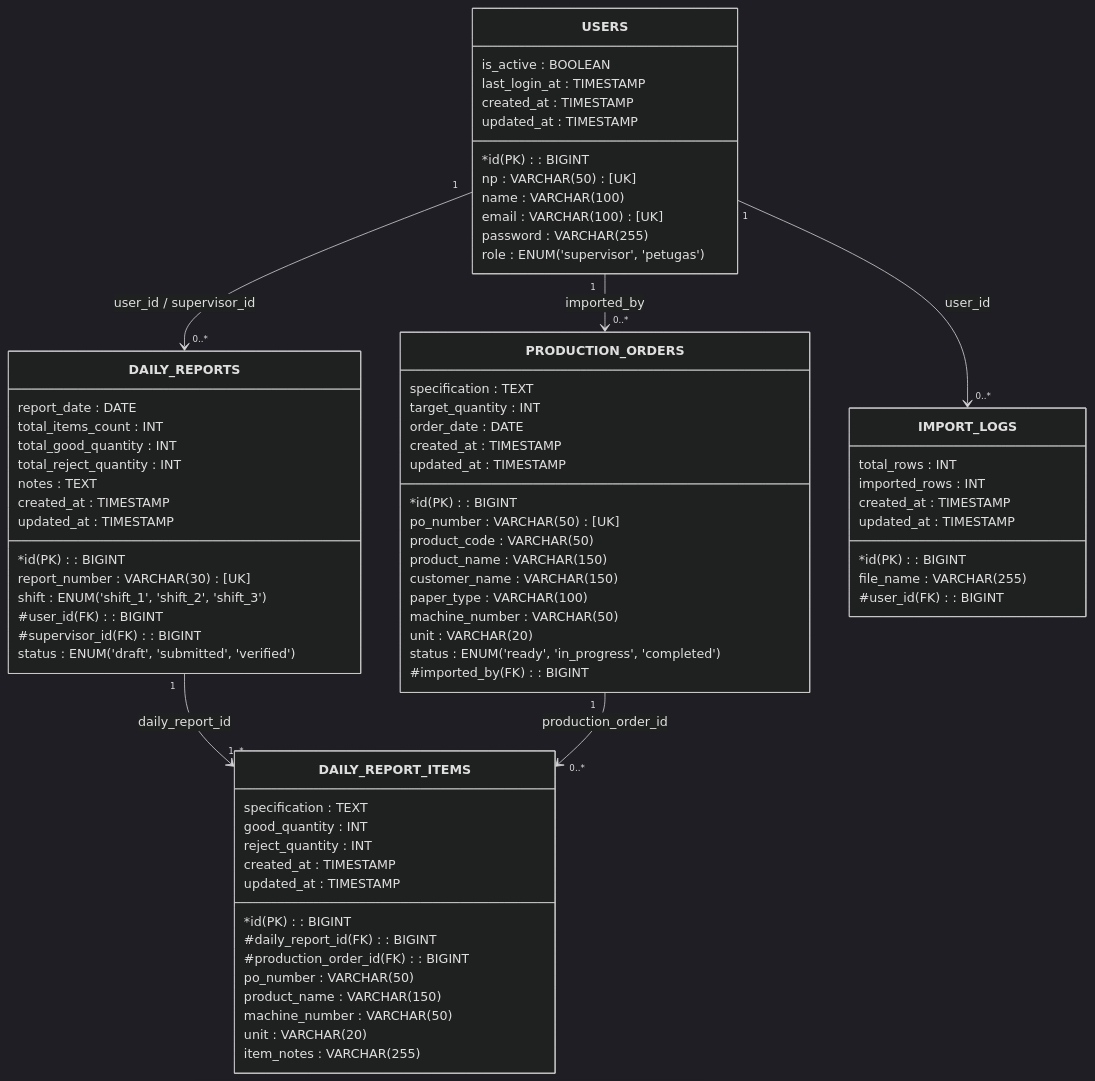
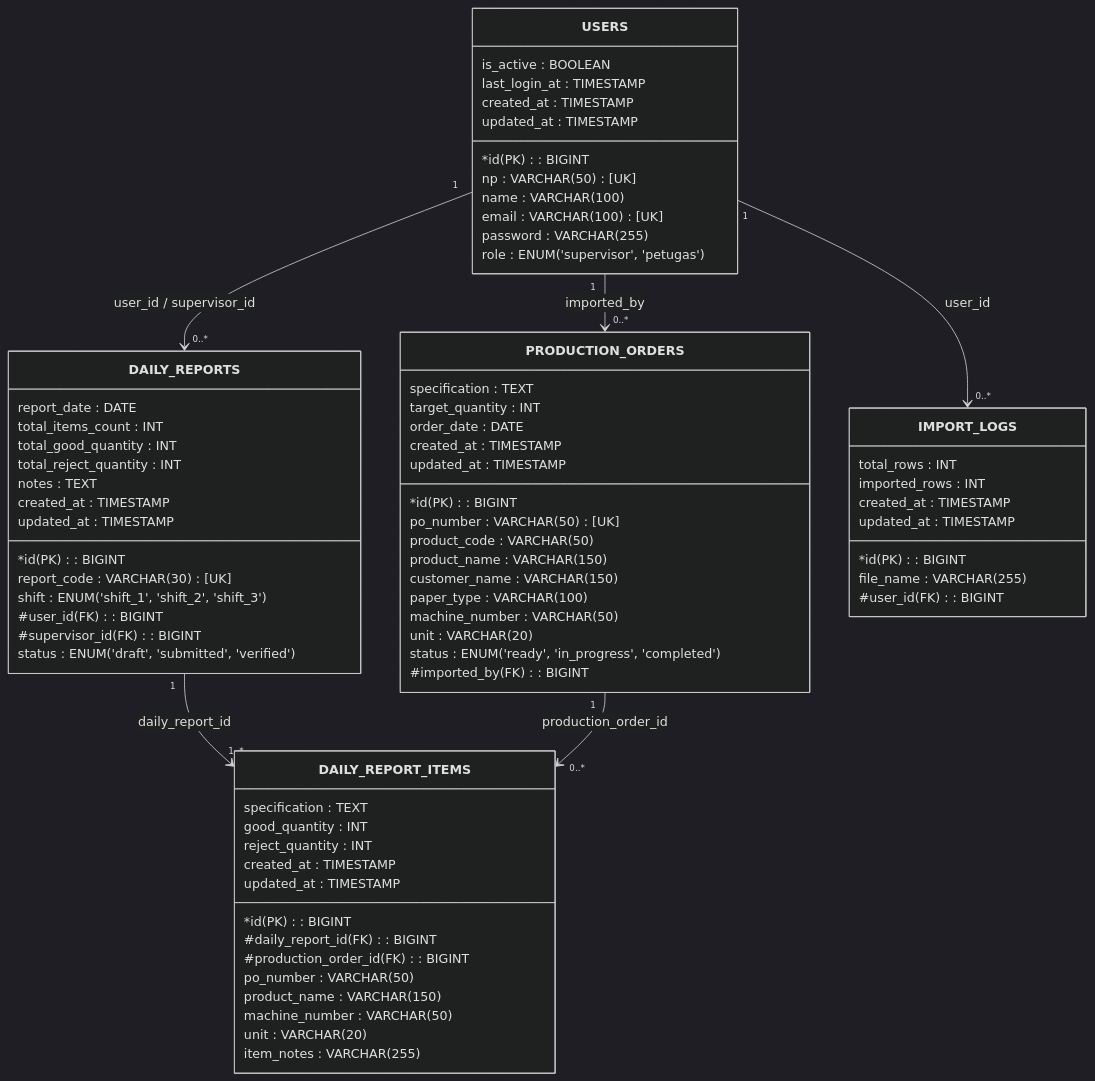
Before and after one commit to ZulfikarHD/scan-produksi: diagram 11 of 11 in docs/BAB_III_Draft.md, drawn with Mermaid (dark theme). The commit also changed other lines of this file, not shown here.

````diff
--- a/docs/BAB_III_Draft.md
+++ b/docs/BAB_III_Draft.md
@@ -896,81 +896,81 @@
 ```mermaid
 classDiagram
     class USERS {
         *id (PK) : BIGINT
         np : VARCHAR(50) [UK]
         name : VARCHAR(100)
         email : VARCHAR(100) [UK]
         password : VARCHAR(255)
         role : ENUM('supervisor', 'petugas')
         is_active : BOOLEAN
         last_login_at : TIMESTAMP
         created_at : TIMESTAMP
         updated_at : TIMESTAMP
     }
 
     class PRODUCTION_ORDERS {
         *id (PK) : BIGINT
         po_number : VARCHAR(50) [UK]
         product_code : VARCHAR(50)
         product_name : VARCHAR(150)
         customer_name : VARCHAR(150)
         specification : TEXT
         paper_type : VARCHAR(100)
         machine_number : VARCHAR(50)
         target_quantity : INT
         unit : VARCHAR(20)
         order_date : DATE
         status : ENUM('ready', 'in_progress', 'completed')
         #imported_by (FK) : BIGINT
         created_at : TIMESTAMP
         updated_at : TIMESTAMP
     }
 
     class DAILY_REPORTS {
         *id (PK) : BIGINT
-        report_number : VARCHAR(30) [UK]
+        report_code : VARCHAR(30) [UK]
         report_date : DATE
         shift : ENUM('shift_1', 'shift_2', 'shift_3')
         #user_id (FK) : BIGINT
         #supervisor_id (FK) : BIGINT
         total_items_count : INT
         total_good_quantity : INT
         total_reject_quantity : INT
         notes : TEXT
         status : ENUM('draft', 'submitted', 'verified')
         created_at : TIMESTAMP
         updated_at : TIMESTAMP
     }
 
     class DAILY_REPORT_ITEMS {
         *id (PK) : BIGINT
         #daily_report_id (FK) : BIGINT
         #production_order_id (FK) : BIGINT
         po_number : VARCHAR(50)
         product_name : VARCHAR(150)
         specification : TEXT
         machine_number : VARCHAR(50)
         good_quantity : INT
         reject_quantity : INT
         unit : VARCHAR(20)
         item_notes : VARCHAR(255)
         created_at : TIMESTAMP
         updated_at : TIMESTAMP
     }
 
     class IMPORT_LOGS {
         *id (PK) : BIGINT
         file_name : VARCHAR(255)
         total_rows : INT
         imported_rows : INT
         #user_id (FK) : BIGINT
         created_at : TIMESTAMP
         updated_at : TIMESTAMP
     }
 
     USERS "1" --> "0..*" PRODUCTION_ORDERS : imported_by
     USERS "1" --> "0..*" DAILY_REPORTS : user_id / supervisor_id
     USERS "1" --> "0..*" IMPORT_LOGS : user_id
     DAILY_REPORTS "1" --> "1..*" DAILY_REPORT_ITEMS : daily_report_id
     PRODUCTION_ORDERS "1" --> "0..*" DAILY_REPORT_ITEMS : production_order_id
 ```
````
